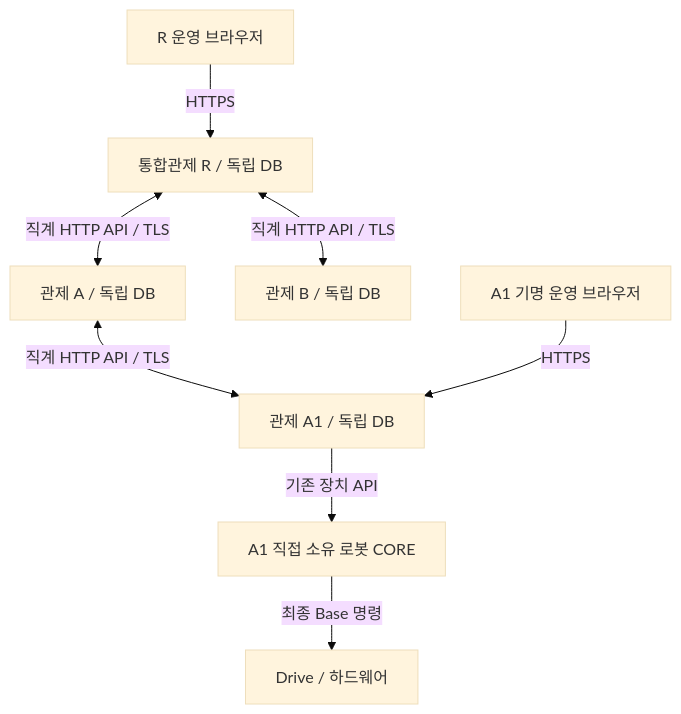
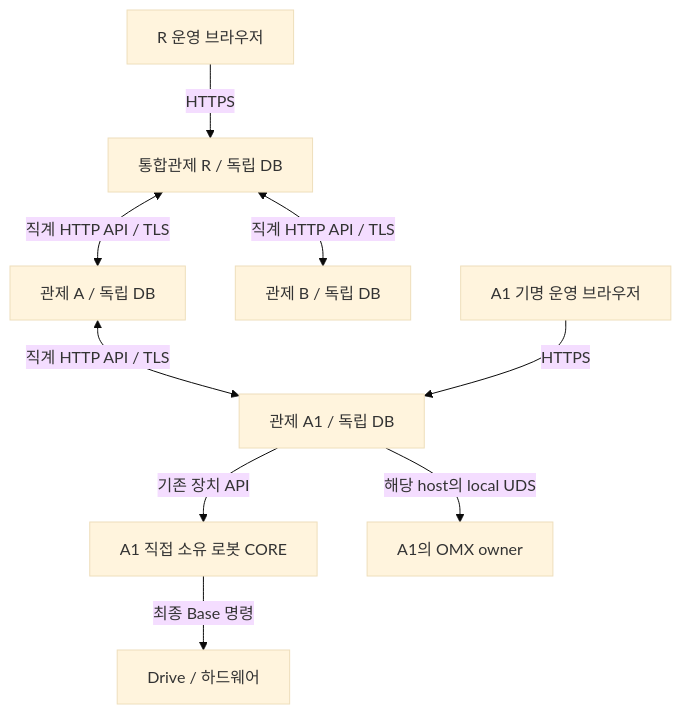
The diagram in docs/deployment/control-units.md (robotics-team-1213/rosy-platform), drawn with Mermaid (base theme) before and after one commit. The commit also changed other lines of this file and 8 other files, not shown here.

````diff
--- a/docs/deployment/control-units.md
+++ b/docs/deployment/control-units.md
@@ -24,10 +24,11 @@
 ```mermaid
 flowchart TD
     UR["R 운영 브라우저"] -->|HTTPS| R["통합관제 R / 독립 DB"]
     R <-->|"직계 HTTP API / TLS"| A["관제 A / 독립 DB"]
     R <-->|"직계 HTTP API / TLS"| B["관제 B / 독립 DB"]
     A <-->|"직계 HTTP API / TLS"| A1["관제 A1 / 독립 DB"]
     UA1["A1 기명 운영 브라우저"] -->|HTTPS| A1
     A1 -->|"기존 장치 API"| C["A1 직접 소유 로봇 CORE"]
+    A1 -->|"해당 host의 local UDS"| O["A1의 OMX owner"]
     C -->|"최종 Base 명령"| D["Drive / 하드웨어"]
 ```
````
